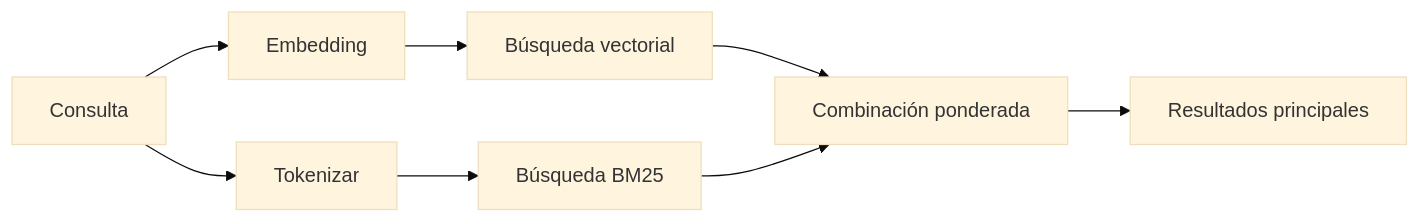
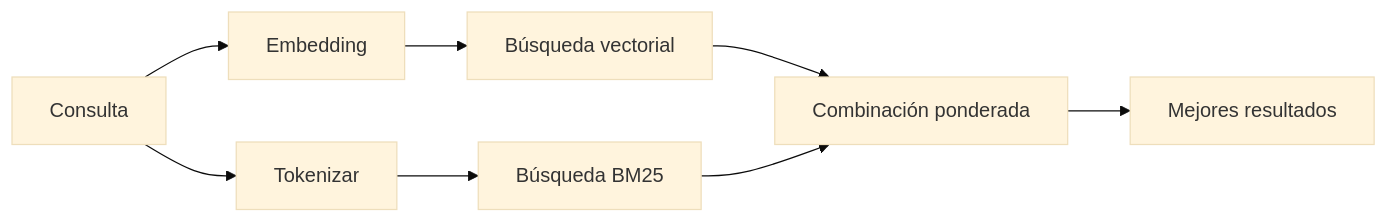
The diagram in docs/es/concepts/memory-search.md (openclaw/docs), drawn with Mermaid (base theme) before and after one commit. The commit also changed other lines of this file and 345 other files, not shown here.

````diff
--- a/docs/es/concepts/memory-search.md
+++ b/docs/es/concepts/memory-search.md
@@ -79,10 +77,10 @@
 ```mermaid
 flowchart LR
     Q["Consulta"] --> E["Embedding"]
     Q --> T["Tokenizar"]
     E --> VS["Búsqueda vectorial"]
     T --> BM["Búsqueda BM25"]
     VS --> M["Combinación ponderada"]
     BM --> M
-    M --> R["Resultados principales"]
+    M --> R["Mejores resultados"]
 ```
````
